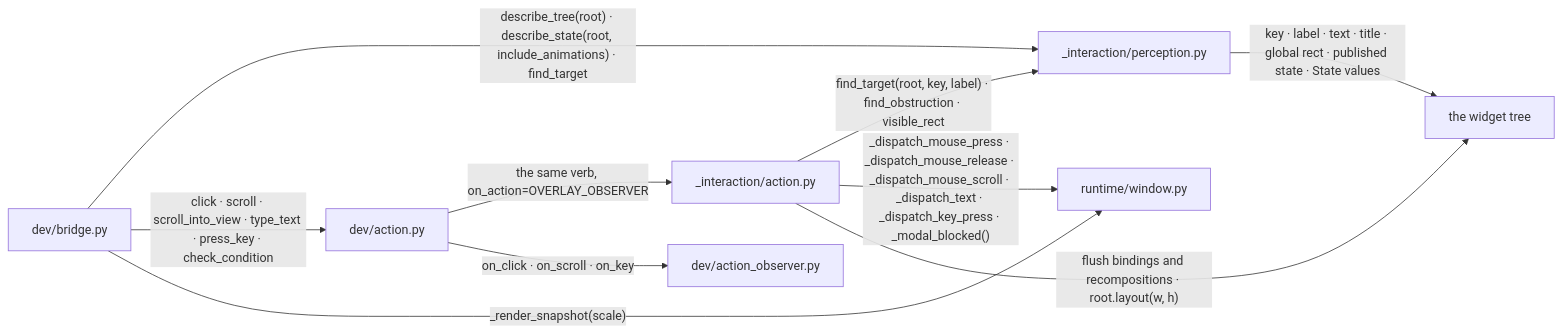
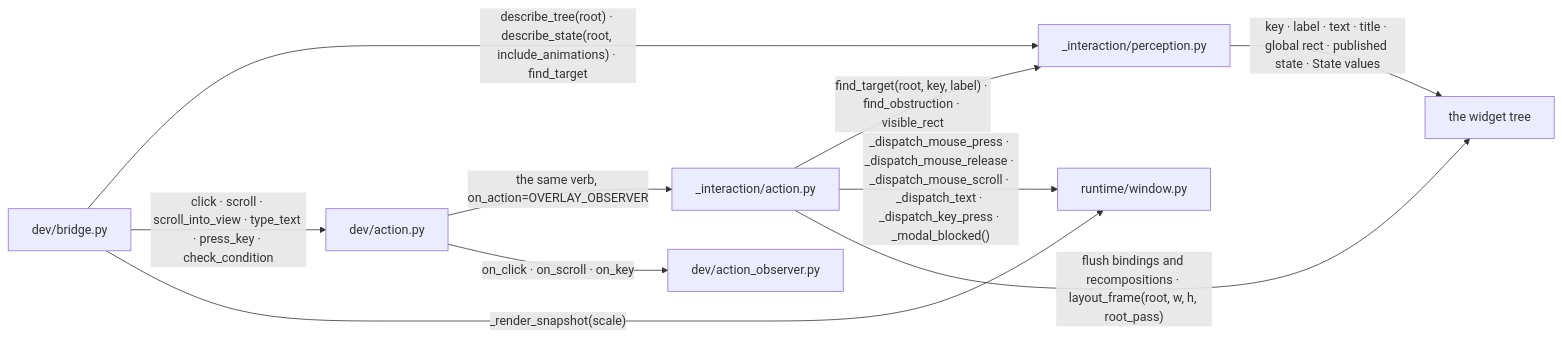
Before and after one commit to yuksblog/nuiitivet: the fourth of 7 diagrams in docs/design/DEV_BRIDGE.md, drawn with Mermaid. The commit also changed other lines of this file and 18 other files, not shown here.

First line of the commit message:
fix(layout): stop a late frame from blanking the window

````diff
--- a/docs/design/DEV_BRIDGE.md
+++ b/docs/design/DEV_BRIDGE.md
@@ -126,20 +126,20 @@
 ```mermaid
 flowchart LR
     perception[_interaction/perception.py]
     action[_interaction/action.py]
     devaction[dev/action.py]
     observer[dev/action_observer.py]
     bridge[dev/bridge.py]
     window[runtime/window.py]
     tree[the widget tree]
 
     bridge -- "describe_tree(root) · describe_state(root, include_animations) · find_target" --> perception
     bridge -- "click · scroll · scroll_into_view · type_text · press_key · check_condition" --> devaction
     devaction -- "the same verb, on_action=OVERLAY_OBSERVER" --> action
     action -- "find_target(root, key, label) · find_obstruction · visible_rect" --> perception
     action -- "_dispatch_mouse_press · _dispatch_mouse_release · _dispatch_mouse_scroll · _dispatch_text · _dispatch_key_press · _modal_blocked()" --> window
-    action -- "flush bindings and recompositions · root.layout(w, h)" --> tree
+    action -- "flush bindings and recompositions · layout_frame(root, w, h, root_pass)" --> tree
     bridge -- "_render_snapshot(scale)" --> window
     devaction -- "on_click · on_scroll · on_key" --> observer
     perception -- "key · label · text · title · global rect · published state · State values" --> tree
 ```
````
